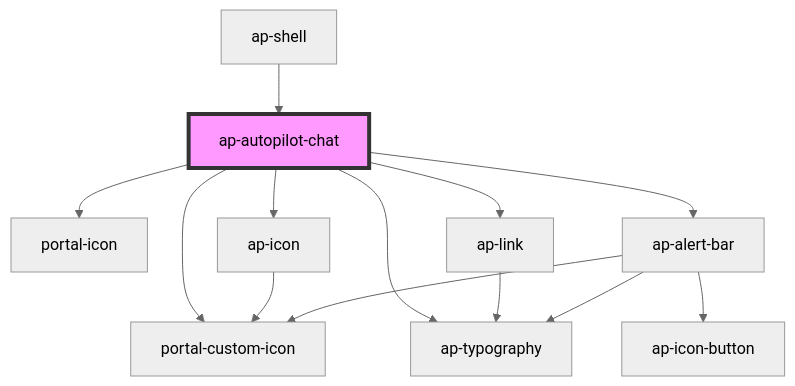
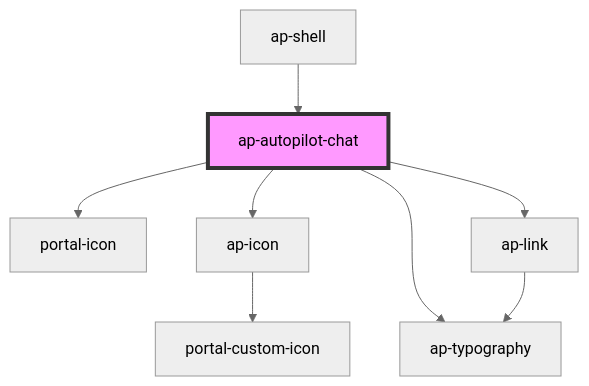
The diagram in packages/apollo-react/src/material/components/ap-chat/readme.md (UiPath/apollo-ui), drawn with Mermaid (neutral theme) before and after one commit. The commit also changed other lines of this file and 5 other files, not shown here.

````diff
--- a/packages/apollo-react/src/material/components/ap-chat/readme.md
+++ b/packages/apollo-react/src/material/components/ap-chat/readme.md
@@ -24,16 +22,11 @@
 ```mermaid
 graph TD;
   ap-autopilot-chat --> portal-icon
   ap-autopilot-chat --> ap-icon
   ap-autopilot-chat --> ap-typography
   ap-autopilot-chat --> ap-link
-  ap-autopilot-chat --> ap-alert-bar
-  ap-autopilot-chat --> portal-custom-icon
   ap-icon --> portal-custom-icon
   ap-link --> ap-typography
-  ap-alert-bar --> portal-custom-icon
-  ap-alert-bar --> ap-typography
-  ap-alert-bar --> ap-icon-button
   ap-shell --> ap-autopilot-chat
   style ap-autopilot-chat fill:#f9f,stroke:#333,stroke-width:4px
 ```
````
